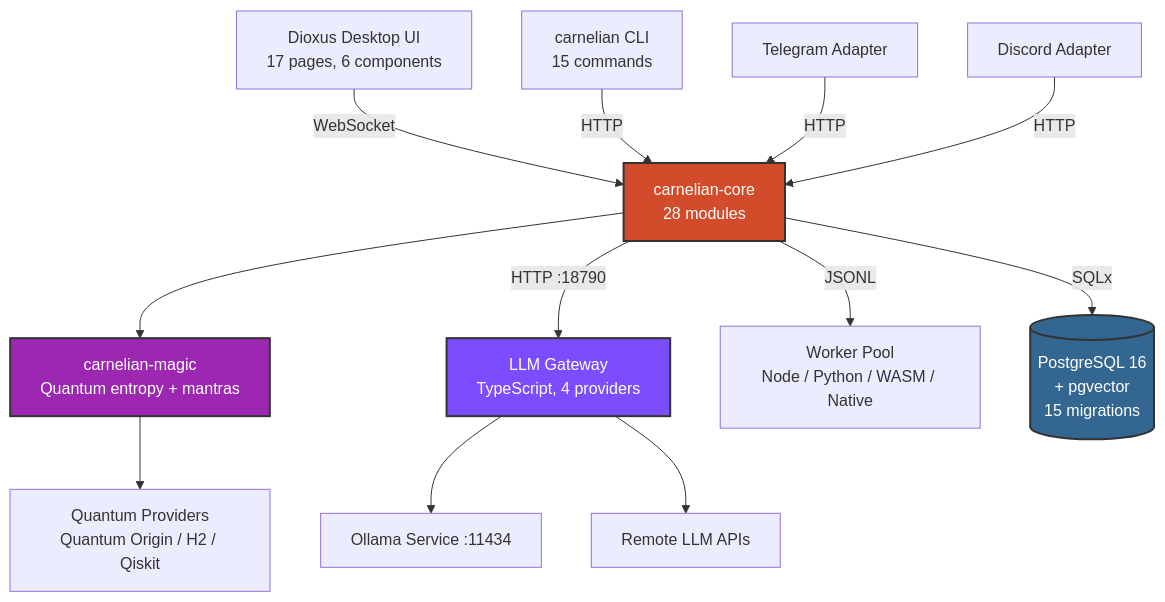
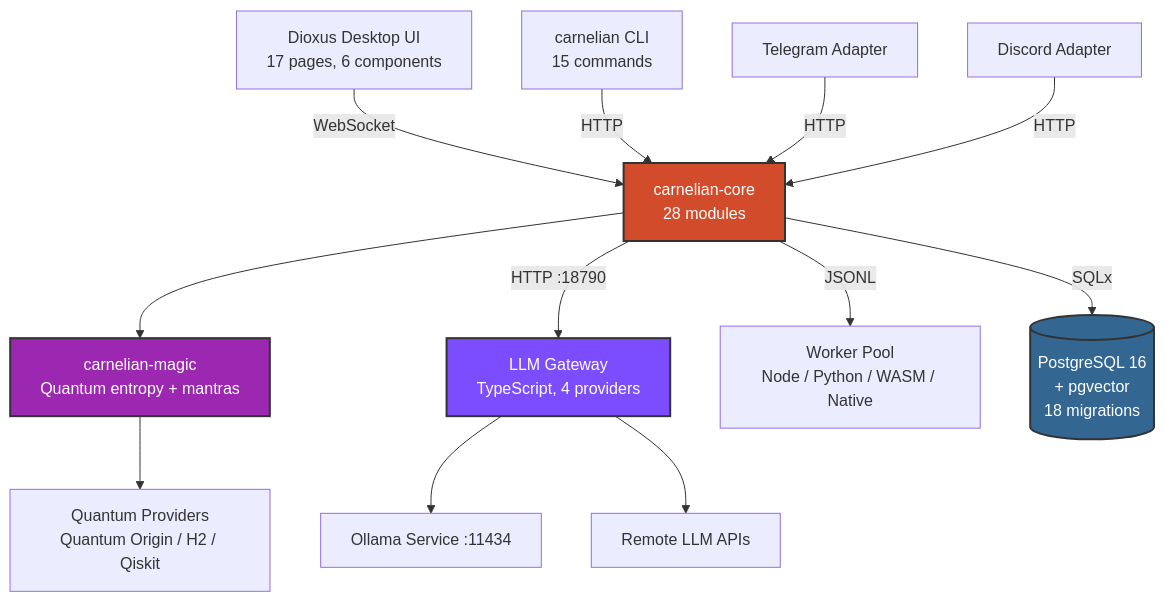
One commit to kordspace/carnelian changed the second of 5 diagrams in README.md. Above: the diagram before and after it, drawn with Mermaid. The commit also changed other lines of this file and 6 other files, not shown here.

````diff
--- a/README.md
+++ b/README.md
@@ -859,38 +952,38 @@
 ```mermaid
 graph TD
     UI[Dioxus Desktop UI\n17 pages, 6 components]
     CLI[carnelian CLI\n15 commands]
     TG[Telegram Adapter]
     DC[Discord Adapter]
 
     Core[carnelian-core\n28 modules]
     Magic[carnelian-magic\nQuantum entropy + mantras]
     Gateway[LLM Gateway\nTypeScript, 4 providers]
     
     Workers[Worker Pool\nNode / Python / WASM / Native]
     Quantum[Quantum Providers\nQuantum Origin / H2 / Qiskit]
 
-    DB[(PostgreSQL 16\n+ pgvector\n15 migrations)]
+    DB[(PostgreSQL 16\n+ pgvector\n18 migrations)]
     Ollama[Ollama Service :11434]
     Remote[Remote LLM APIs]
 
     UI -->|WebSocket| Core
     CLI -->|HTTP| Core
     TG -->|HTTP| Core
     DC -->|HTTP| Core
 
     Core --> Magic
     Core -->|HTTP :18790| Gateway
     Core -->|JSONL| Workers
     Core -->|SQLx| DB
 
     Magic --> Quantum
     
     Gateway --> Ollama
     Gateway --> Remote
 
     style Core fill:#D24B2A,stroke:#333,stroke-width:2px,color:#fff
     style Magic fill:#9C27B0,stroke:#333,stroke-width:2px,color:#fff
     style Gateway fill:#7C4DFF,stroke:#333,stroke-width:2px,color:#fff
     style DB fill:#336791,stroke:#333,stroke-width:2px,color:#fff
 ```
````
